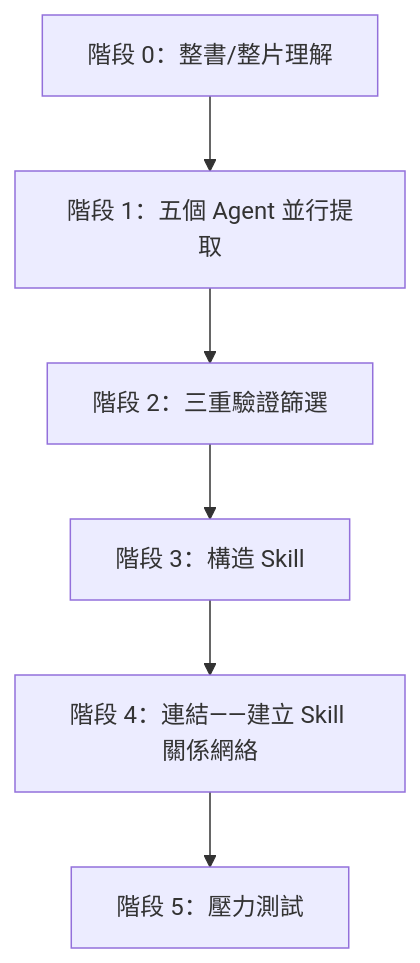
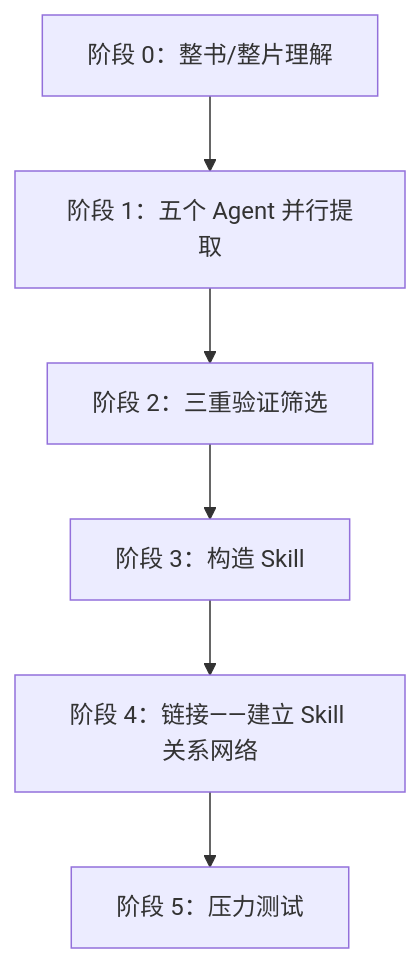
One commit to the-beating-light-of-the-nail/ai-tools-guide-site changed the diagram in docs/zh-tw/doubaowork/case-reading.md. Above: the diagram before and after it, drawn with Mermaid. The commit also changed other lines of this file and 136 other files, not shown here.

````diff
--- a/docs/zh-tw/doubaowork/case-reading.md
+++ b/docs/zh-tw/doubaowork/case-reading.md
@@ -17,8 +21,8 @@
 ```mermaid
 flowchart TD
-    A[階段 0：整書/整片理解] --> B[階段 1：五個 Agent 並行提取]
-    B --> C[階段 2：三重驗證篩選]
-    C --> D[階段 3：構造 Skill]
-    D --> E[階段 4：連結——建立 Skill 關係網絡]
-    E --> F[階段 5：壓力測試]
+    A[阶段 0：整书/整片理解] --> B[阶段 1：五个 Agent 并行提取]
+    B --> C[阶段 2：三重验证筛选]
+    C --> D[阶段 3：构造 Skill]
+    D --> E[阶段 4：链接——建立 Skill 关系网络]
+    E --> F[阶段 5：压力测试]
 ```
````
